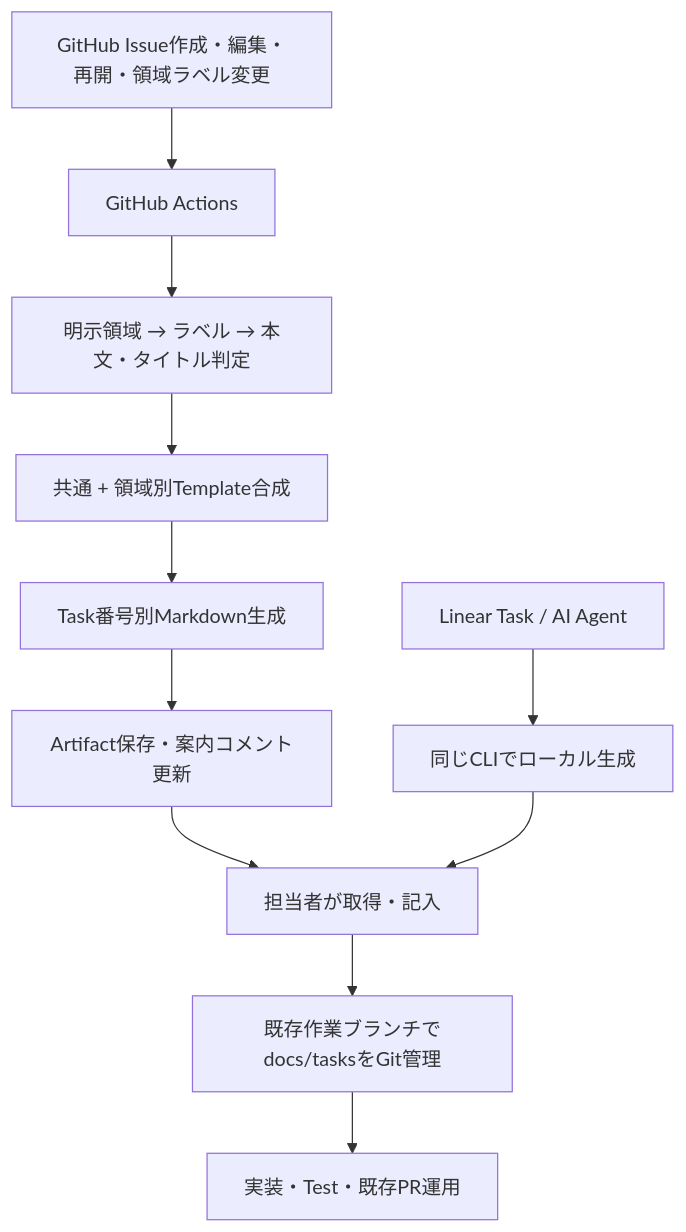
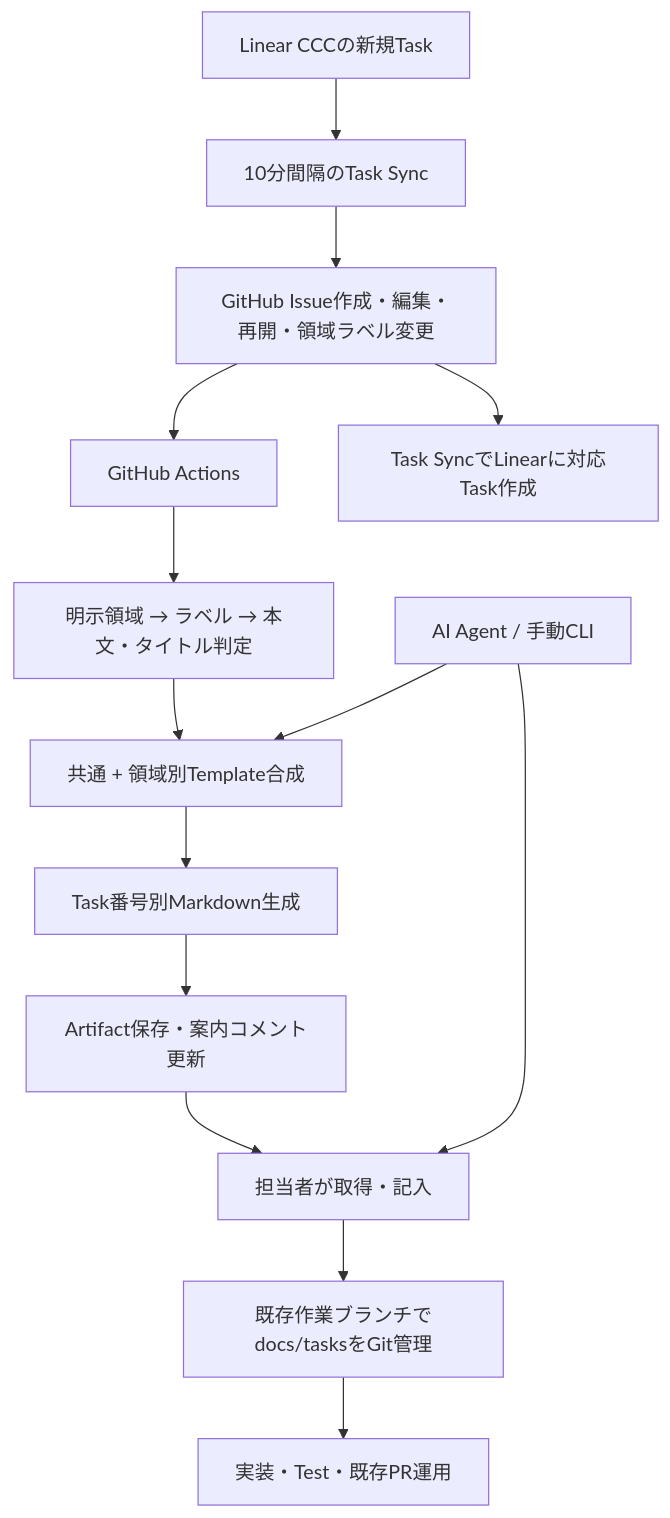
The diagram in docs/automation/README.md (CCCproject2026/ccc_project_2026), drawn with Mermaid before and after one commit. The commit also changed other lines of this file and 9 other files, not shown here.

````diff
--- a/docs/automation/README.md
+++ b/docs/automation/README.md
@@ -26,13 +32,16 @@
 ```mermaid
 flowchart TD
   G[GitHub Issue作成・編集・再開・領域ラベル変更] --> A[GitHub Actions]
   A --> D[明示領域 → ラベル → 本文・タイトル判定]
   D --> T[共通 + 領域別Template合成]
   T --> F[Task番号別Markdown生成]
   F --> R[Artifact保存・案内コメント更新]
   R --> H[担当者が取得・記入]
-  L[Linear Task / AI Agent] --> C[同じCLIでローカル生成]
+  L[Linear CCCの新規Task] --> S[10分間隔のTask Sync]
+  S --> G
+  G --> M[Task SyncでLinearに対応Task作成]
+  C[AI Agent / 手動CLI] --> T
   C --> H
   H --> B[既存作業ブランチでdocs/tasksをGit管理]
   B --> I[実装・Test・既存PR運用]
 ```
````
